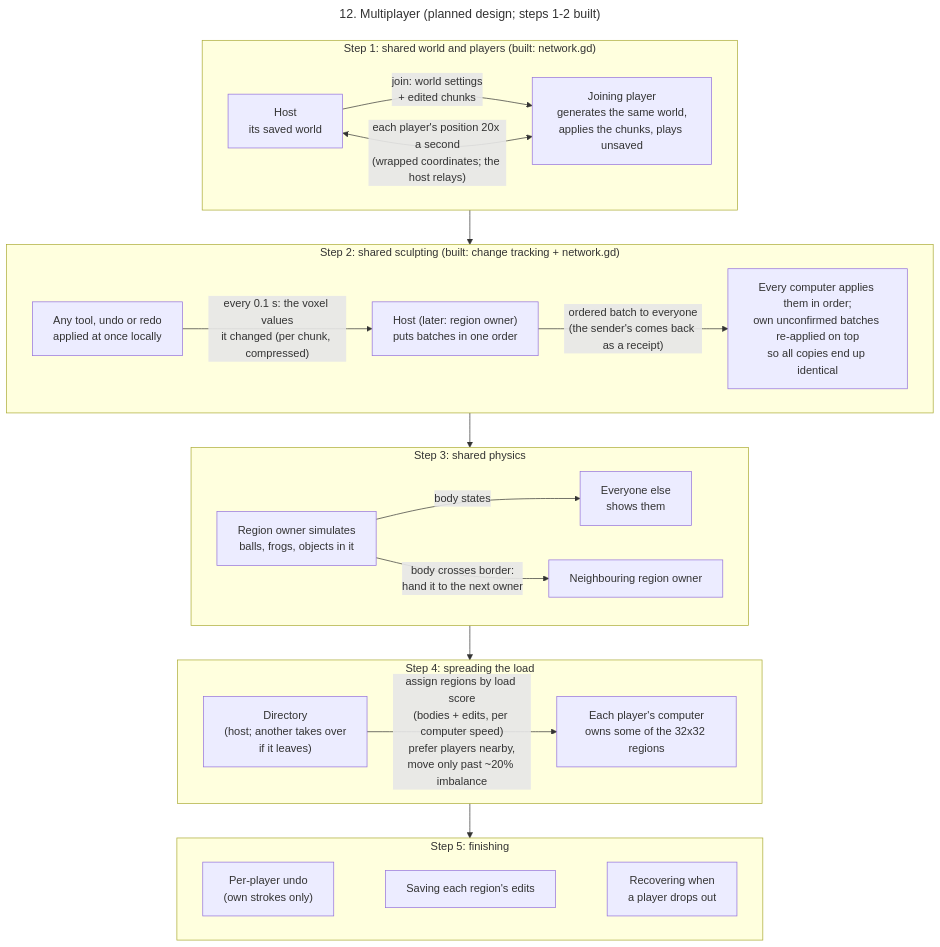
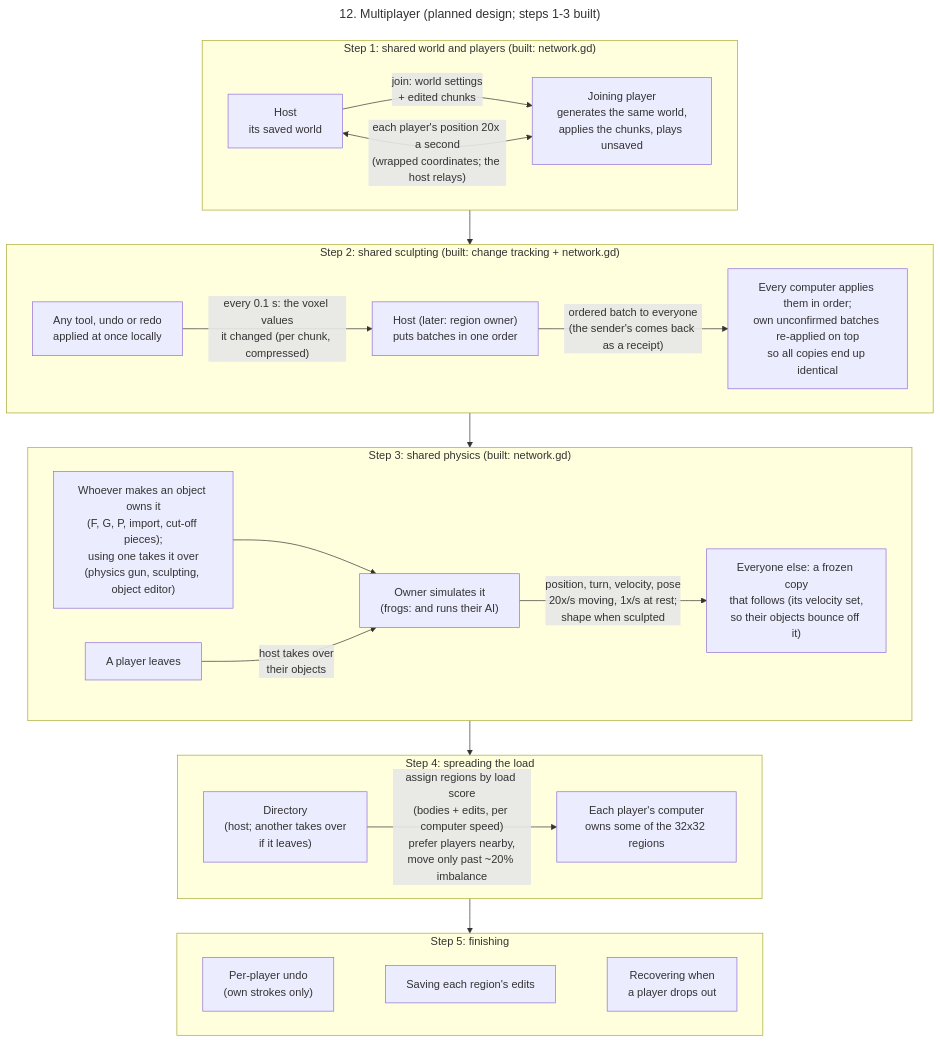
One commit to sampritchard03/wincraft changed the diagram in diagrams/12-multiplayer.mmd. Above: the diagram before and after it, drawn with Mermaid. The commit also changed 7 other files, not shown here.

```diff
--- a/diagrams/12-multiplayer.mmd
+++ b/diagrams/12-multiplayer.mmd
@@ -1,33 +1,34 @@
 ---
-title: 12. Multiplayer (planned design; steps 1-2 built)
+title: 12. Multiplayer (planned design; steps 1-3 built)
 ---
 flowchart TB
     subgraph S1["Step 1: shared world and players (built: network.gd)"]
         direction LR
         host1["Host<br/>its saved world"] -->|"join: world settings<br/>+ edited chunks"| join1["Joining player<br/>generates the same world,<br/>applies the chunks, plays unsaved"]
         host1 <-->|"each player's position 20x a second<br/>(wrapped coordinates; the host relays)"| join1
     end
 
     subgraph S2["Step 2: shared sculpting (built: change tracking + network.gd)"]
         direction LR
         brush["Any tool, undo or redo<br/>applied at once locally"] -->|"every 0.1 s: the voxel values<br/>it changed (per chunk, compressed)"| owner2["Host (later: region owner)<br/>puts batches in one order"]
         owner2 -->|"ordered batch to everyone<br/>(the sender's comes back as a receipt)"| all2["Every computer applies them in order;<br/>own unconfirmed batches re-applied on top<br/>so all copies end up identical"]
     end
 
-    subgraph S3["Step 3: shared physics"]
+    subgraph S3["Step 3: shared physics (built: network.gd)"]
         direction LR
-        rowner["Region owner simulates<br/>balls, frogs, objects in it"] -->|"body states"| others3["Everyone else<br/>shows them"]
-        rowner -->|"body crosses border:<br/>hand it to the next owner"| next3["Neighbouring region owner"]
+        make3["Whoever makes an object owns it<br/>(F, G, P, import, cut-off pieces);<br/>using one takes it over<br/>(physics gun, sculpting, object editor)"] --> rowner["Owner simulates it<br/>(frogs: and runs their AI)"]
+        rowner -->|"position, turn, velocity, pose<br/>20x/s moving, 1x/s at rest;<br/>shape when sculpted"| others3["Everyone else: a frozen copy<br/>that follows (its velocity set,<br/>so their objects bounce off it)"]
+        leave3["A player leaves"] -->|"host takes over<br/>their objects"| rowner
     end
 
     subgraph S4["Step 4: spreading the load"]
         direction LR
         dir["Directory<br/>(host; another takes over<br/>if it leaves)"] -->|"assign regions by load score<br/>(bodies + edits, per computer speed)<br/>prefer players nearby,<br/>move only past ~20% imbalance"| peers4["Each player's computer<br/>owns some of the 32x32 regions"]
     end
 
     subgraph S5["Step 5: finishing"]
         direction LR
         undo["Per-player undo<br/>(own strokes only)"] ~~~ save["Saving each region's edits"] ~~~ drop["Recovering when<br/>a player drops out"]
     end
 
     S1 --> S2 --> S3 --> S4 --> S5
```
